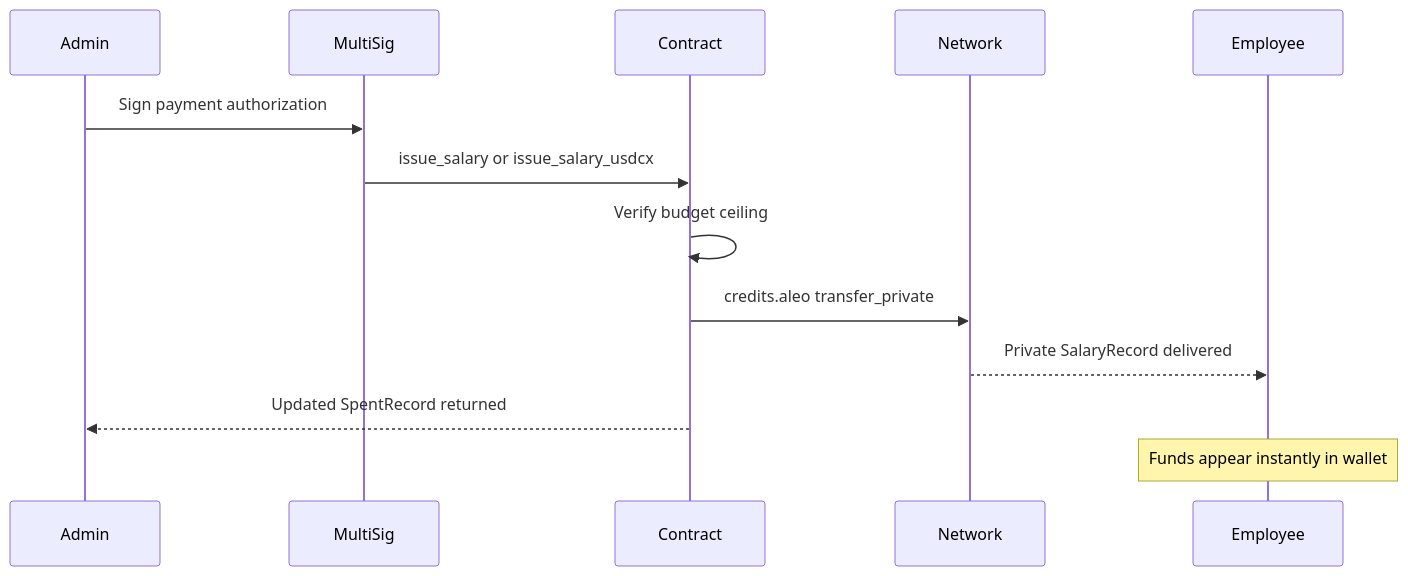
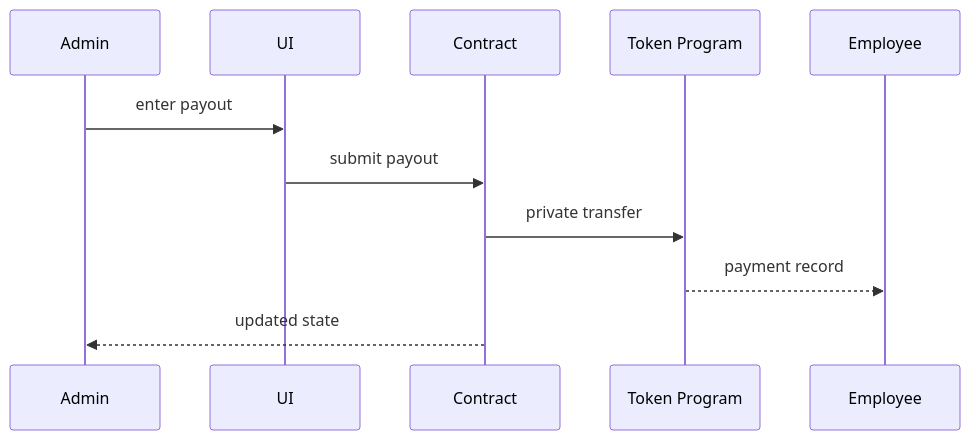
The second of 5 diagrams in README.md (PhanTom497/zk_payroll), drawn with Mermaid before and after one commit. The commit also changed other lines of this file and 5 other files, not shown here.

Commit message:
updated readme , architecture , roadmap etc.

````diff
--- a/README.md
+++ b/README.md
@@ -141,16 +188,14 @@
 ```mermaid
 sequenceDiagram
-    participant Admin
-    participant MultiSig
-    participant Contract
-    participant Network
-    participant Employee
+    participant A as Admin
+    participant U as UI
+    participant C as Contract
+    participant T as Token Program
+    participant E as Employee
 
-    Admin->>MultiSig: Sign payment authorization
-    MultiSig->>Contract: issue_salary or issue_salary_usdcx
-    Contract->>Contract: Verify budget ceiling
-    Contract->>Network: credits.aleo transfer_private
-    Network-->>Employee: Private SalaryRecord delivered
-    Contract-->>Admin: Updated SpentRecord returned
-    Note over Employee: Funds appear instantly in wallet
+    A->>U: enter payout
+    U->>C: submit payout
+    C->>T: private transfer
+    T-->>E: payment record
+    C-->>A: updated state
 ```
````
